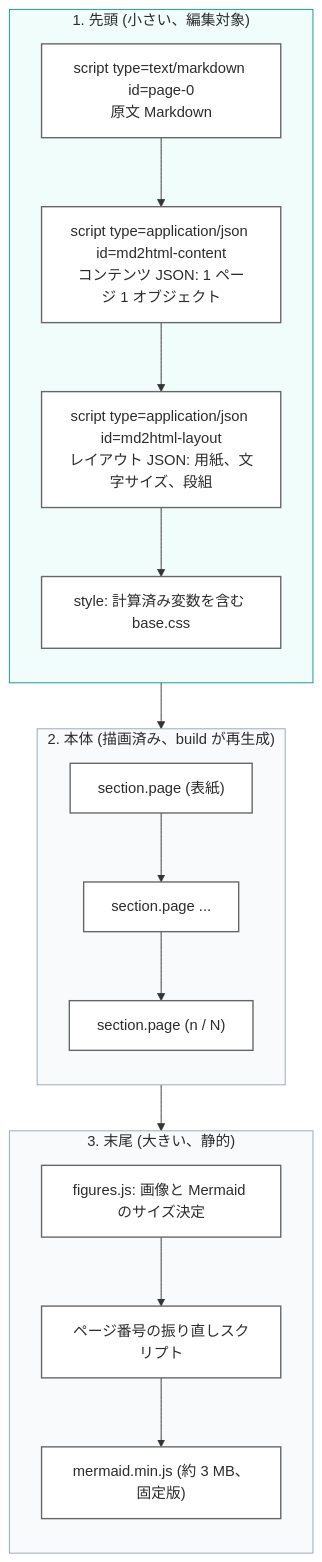
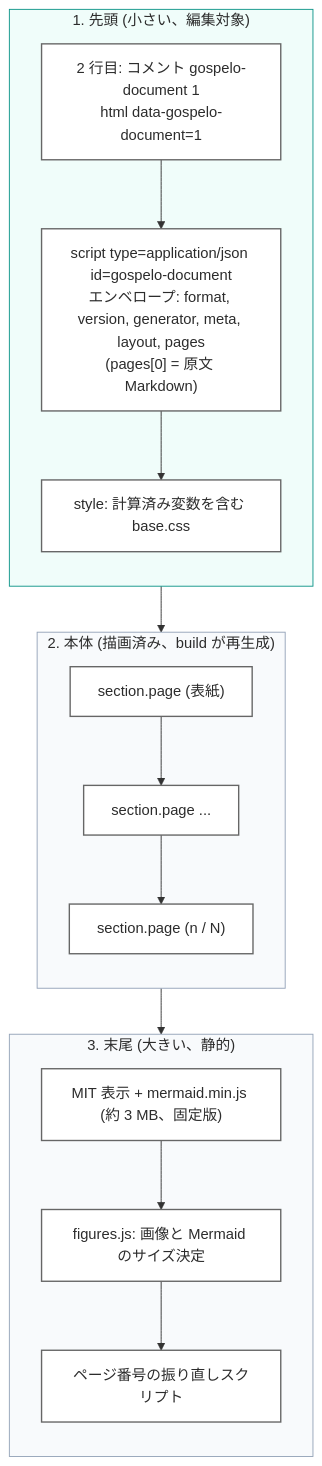
One commit to gospelo-dev/md2html changed the first of 5 diagrams in docs/ARCHITECTURE_ja.md. Above: the diagram before and after it, drawn with Mermaid. The commit also changed other lines of this file and 21 other files, not shown here.

````diff
--- a/docs/ARCHITECTURE_ja.md
+++ b/docs/ARCHITECTURE_ja.md
@@ -21,32 +21,31 @@
 ```mermaid
 flowchart TB
     subgraph Head["1. 先頭 (小さい、編集対象)"]
         direction TB
-        M["script type=text/markdown id=page-0<br/>原文 Markdown"]
-        C["script type=application/json id=md2html-content<br/>コンテンツ JSON: 1 ページ 1 オブジェクト"]
-        L["script type=application/json id=md2html-layout<br/>レイアウト JSON: 用紙、文字サイズ、段組"]
+        SIG["2 行目: コメント gospelo-document 1<br/>html data-gospelo-document=1"]
+        ENV["script type=application/json id=gospelo-document<br/>エンベロープ: format, version, generator, meta, layout, pages<br/>(pages[0] = 原文 Markdown)"]
         S["style: 計算済み変数を含む base.css"]
-        M --> C --> L --> S
+        SIG --> ENV --> S
     end
     subgraph Body["2. 本体 (描画済み、build が再生成)"]
         direction TB
         P1["section.page (表紙)"]
         P2["section.page ..."]
         Pn["section.page (n / N)"]
         P1 --> P2 --> Pn
     end
     subgraph Tail["3. 末尾 (大きい、静的)"]
         direction TB
+        MJ["MIT 表示 + mermaid.min.js (約 3 MB、固定版)"]
         F["figures.js: 画像と Mermaid のサイズ決定"]
         N["ページ番号の振り直しスクリプト"]
-        MJ["mermaid.min.js (約 3 MB、固定版)"]
-        F --> N --> MJ
+        MJ --> F --> N
     end
     Head --> Body --> Tail
 
     classDef node fill:#FFFFFF,stroke:#666666,stroke-width:1.5px,color:#2C2C2C
-    class M,C,L,S,P1,P2,Pn,F,N,MJ node
+    class SIG,ENV,S,P1,P2,Pn,F,N,MJ node
     style Head fill:#F0FDFA,stroke:#0D9488,color:#2C2C2C
     style Body fill:#F8FAFC,stroke:#94A3B8,color:#2C2C2C
     style Tail fill:#F8FAFC,stroke:#94A3B8,color:#2C2C2C
 ```
````
